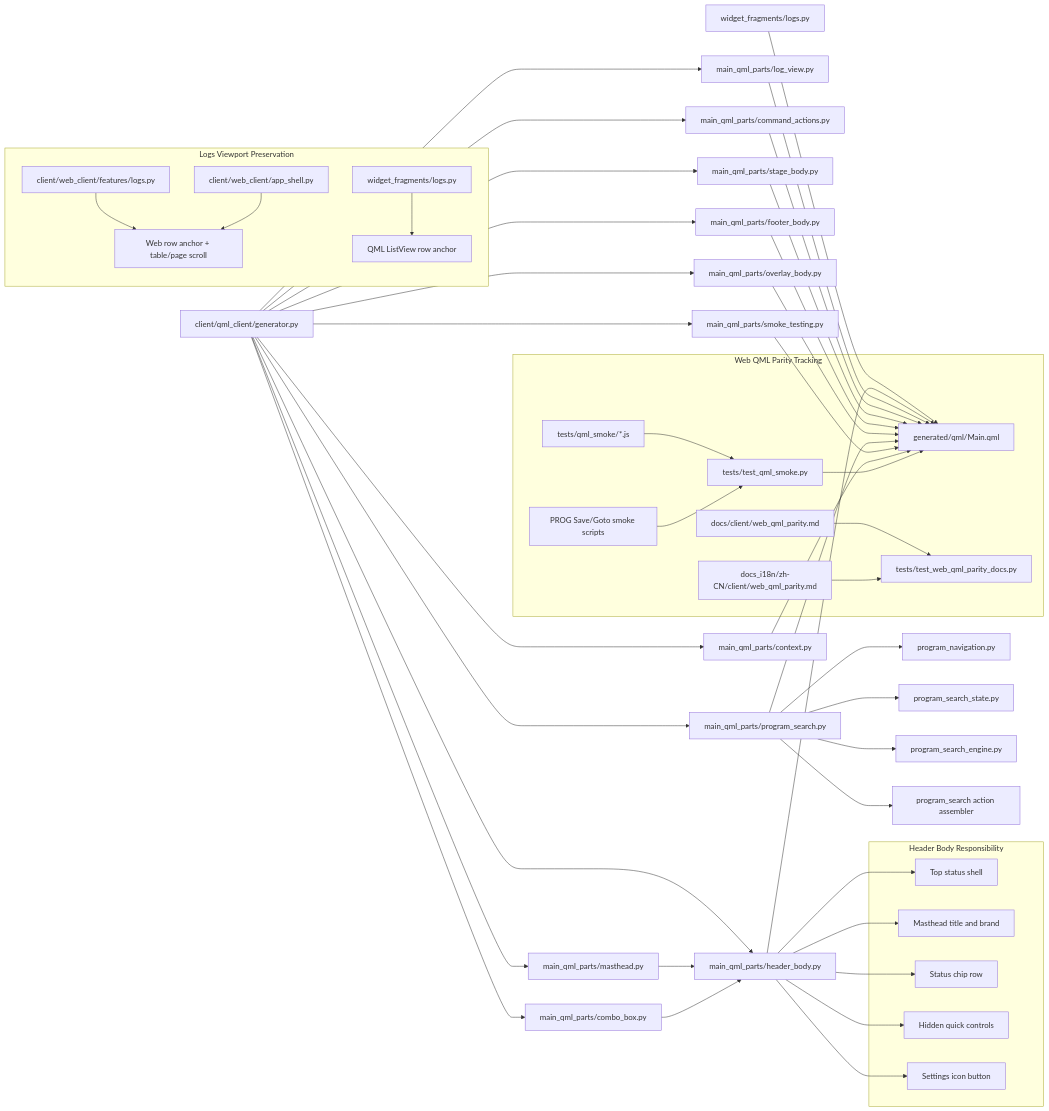
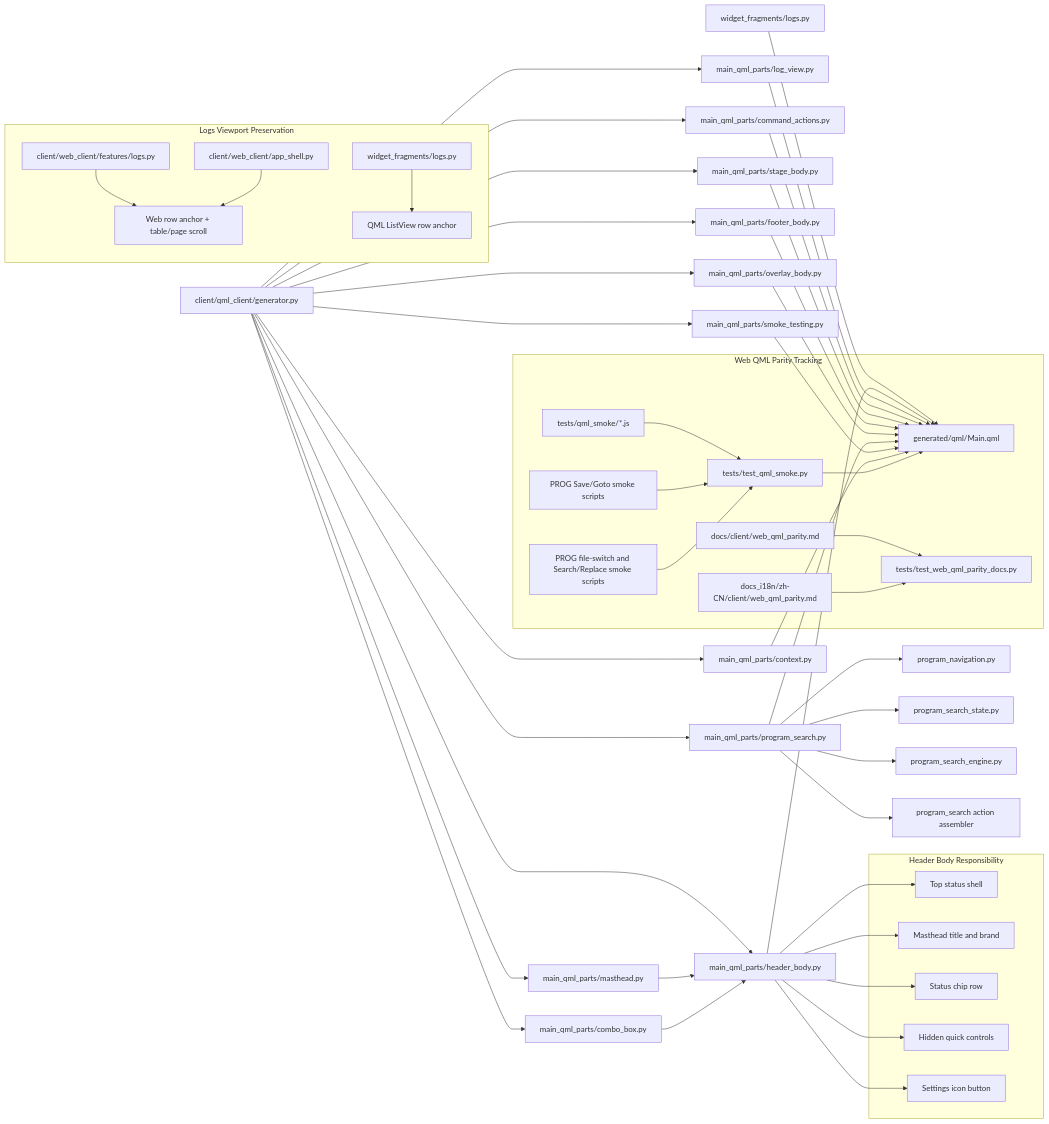
Before and after one commit to luppiterw/metanc_hmi_dsl_reports: the diagram in 2026-05-11-codex-session/architecture-diagram.md, drawn with Mermaid. The commit also changed 17 other files, not shown here.

Commit message:
docs: update 2026-05-11 QML PROG smoke report

````diff
--- a/2026-05-11-codex-session/architecture-diagram.md
+++ b/2026-05-11-codex-session/architecture-diagram.md
@@ -3,68 +3,70 @@
 ```mermaid
 flowchart LR
     G[client/qml_client/generator.py]
     G --> H[main_qml_parts/header_body.py]
     G --> S[main_qml_parts/stage_body.py]
     G --> F[main_qml_parts/footer_body.py]
     G --> O[main_qml_parts/overlay_body.py]
     G --> C[main_qml_parts/context.py]
     G --> M[main_qml_parts/masthead.py]
     G --> CB[main_qml_parts/combo_box.py]
     G --> PS[main_qml_parts/program_search.py]
     G --> SM[main_qml_parts/smoke_testing.py]
     G --> LV[main_qml_parts/log_view.py]
     G --> CA[main_qml_parts/command_actions.py]
     WG[widget_fragments/logs.py] --> QML
     PS --> PN[program_navigation.py]
     PS --> PSS[program_search_state.py]
     PS --> PSE[program_search_engine.py]
     PS --> PSA[program_search action assembler]
     H --> QML[generated/qml/Main.qml]
     LV --> QML
     CA --> QML
     S --> QML
     F --> QML
     O --> QML
     PS --> QML
     SM --> QML
     C --> QML
     M --> H
     CB --> H
 
     subgraph Web QML Parity Tracking
         PARDOC[docs/client/web_qml_parity.md]
         PARZH[docs_i18n/zh-CN/client/web_qml_parity.md]
         PARTST[tests/test_web_qml_parity_docs.py]
         QSMOKE[tests/test_qml_smoke.py]
         QSCRIPTS[tests/qml_smoke/*.js]
         QPROG[PROG Save/Goto smoke scripts]
+        QPROG2[PROG file-switch and Search/Replace smoke scripts]
         PARDOC --> PARTST
         PARZH --> PARTST
         QSCRIPTS --> QSMOKE
         QPROG --> QSMOKE
+        QPROG2 --> QSMOKE
         QSMOKE --> QML
     end
 
     subgraph Header Body Responsibility
         H1[Top status shell]
         H2[Masthead title and brand]
         H3[Status chip row]
         H4[Hidden quick controls]
         H5[Settings icon button]
     end
 
     H --> H1
     H --> H2
     H --> H3
     H --> H4
     H --> H5
 
     subgraph Logs Viewport Preservation
         WLOG[client/web_client/features/logs.py]
         WSHELL[client/web_client/app_shell.py]
         QLOG[widget_fragments/logs.py]
         WLOG --> WANCHOR[Web row anchor + table/page scroll]
         WSHELL --> WANCHOR
         QLOG --> QANCHOR[QML ListView row anchor]
     end
 ```
````
